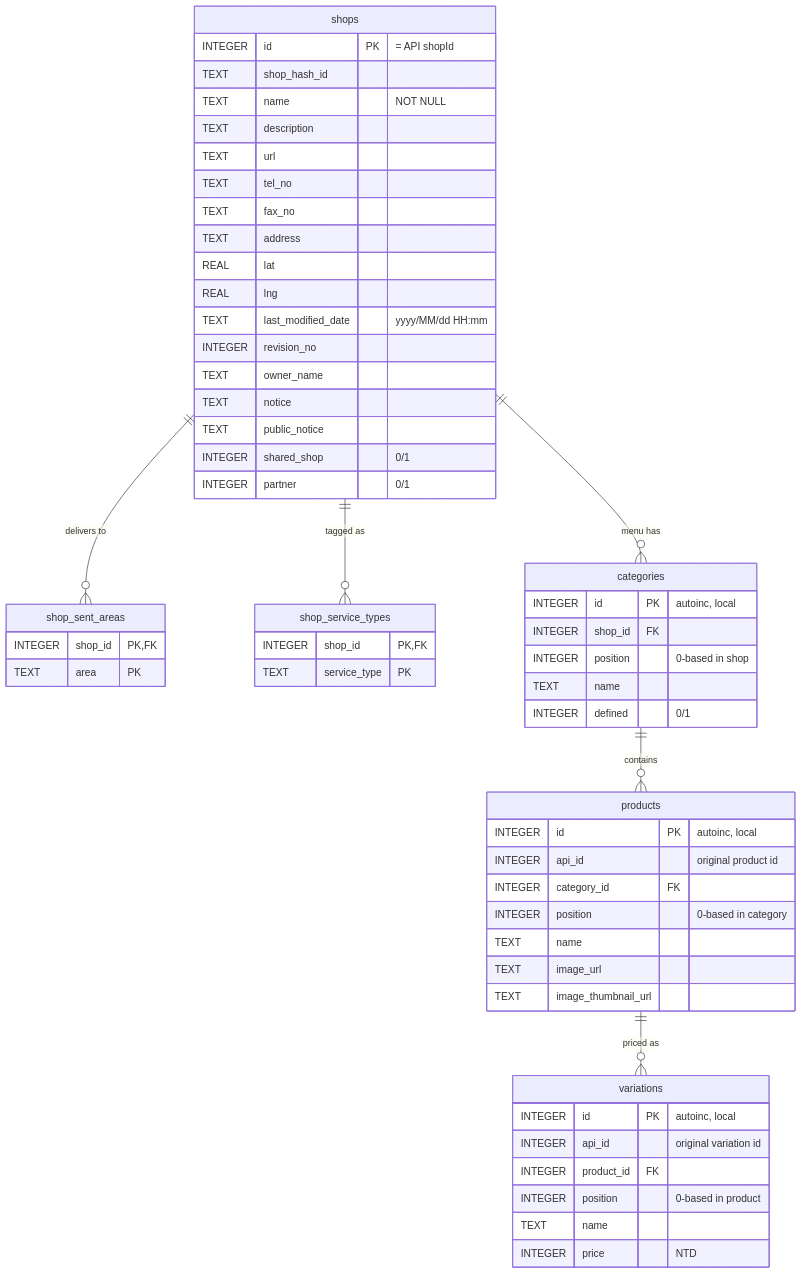
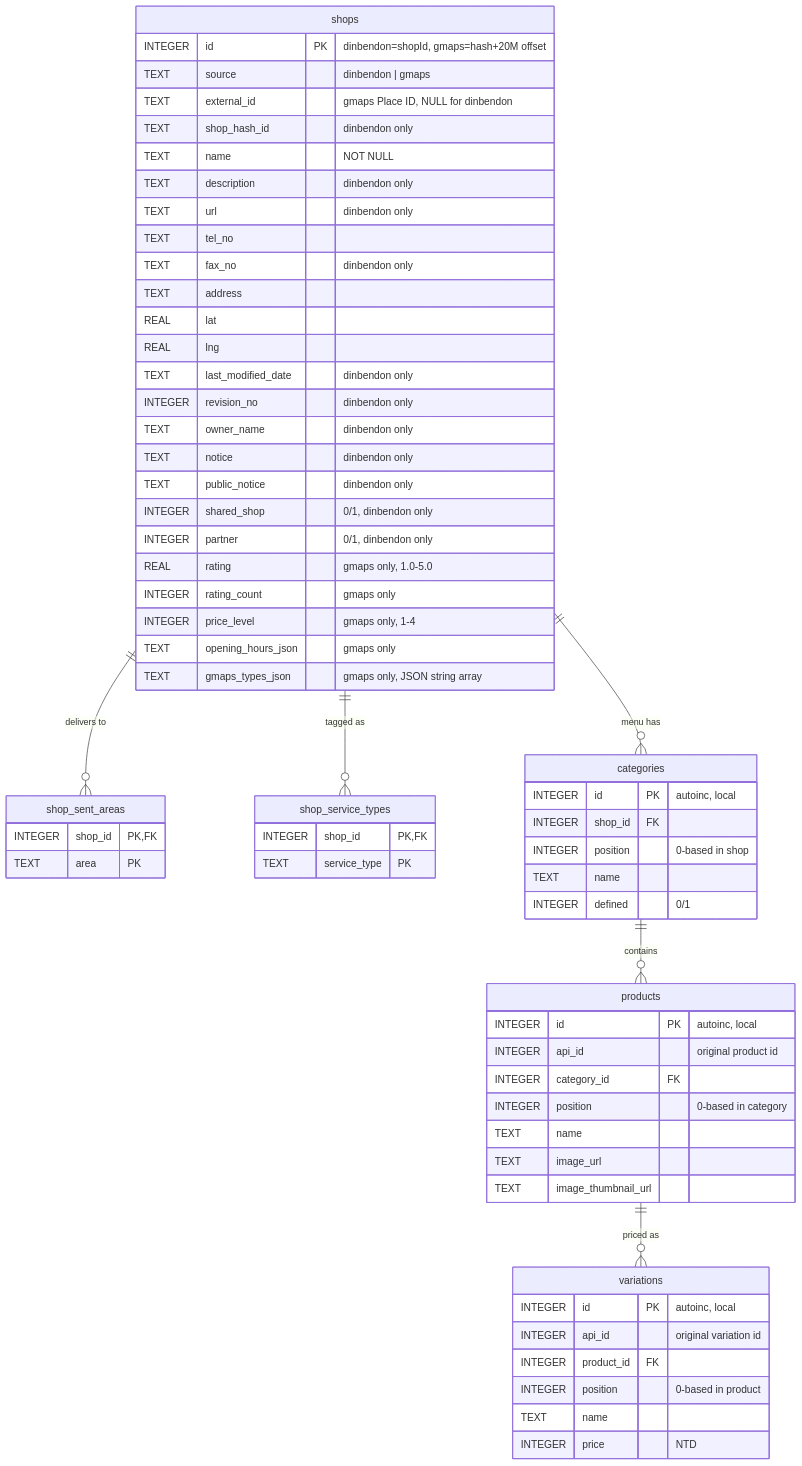
The diagram in schema.md (changtimwu/dinbendo-exp), drawn with Mermaid before and after one commit. The commit also changed other lines of this file and 1 other file, not shown here.

First line of the commit message:
Split stats.md / schema.md into dinbendon + gmaps sources

````diff
--- a/schema.md
+++ b/schema.md
@@ -14,60 +23,67 @@
 ```mermaid
 erDiagram
     shops ||--o{ shop_sent_areas : "delivers to"
     shops ||--o{ shop_service_types : "tagged as"
     shops ||--o{ categories : "menu has"
     categories ||--o{ products : "contains"
     products ||--o{ variations : "priced as"
 
     shops {
-        INTEGER id PK "= API shopId"
-        TEXT    shop_hash_id
+        INTEGER id PK "dinbendon=shopId, gmaps=hash+20M offset"
+        TEXT    source "dinbendon | gmaps"
+        TEXT    external_id "gmaps Place ID, NULL for dinbendon"
+        TEXT    shop_hash_id "dinbendon only"
         TEXT    name "NOT NULL"
-        TEXT    description
-        TEXT    url
+        TEXT    description "dinbendon only"
+        TEXT    url "dinbendon only"
         TEXT    tel_no
-        TEXT    fax_no
+        TEXT    fax_no "dinbendon only"
         TEXT    address
         REAL    lat
         REAL    lng
-        TEXT    last_modified_date "yyyy/MM/dd HH:mm"
-        INTEGER revision_no
-        TEXT    owner_name
-        TEXT    notice
-        TEXT    public_notice
-        INTEGER shared_shop "0/1"
-        INTEGER partner "0/1"
+        TEXT    last_modified_date "dinbendon only"
+        INTEGER revision_no "dinbendon only"
+        TEXT    owner_name "dinbendon only"
+        TEXT    notice "dinbendon only"
+        TEXT    public_notice "dinbendon only"
+        INTEGER shared_shop "0/1, dinbendon only"
+        INTEGER partner "0/1, dinbendon only"
+        REAL    rating "gmaps only, 1.0-5.0"
+        INTEGER rating_count "gmaps only"
+        INTEGER price_level "gmaps only, 1-4"
+        TEXT    opening_hours_json "gmaps only"
+        TEXT    gmaps_types_json "gmaps only, JSON string array"
     }
     shop_sent_areas {
         INTEGER shop_id PK,FK
         TEXT    area PK
     }
     shop_service_types {
         INTEGER shop_id PK,FK
         TEXT    service_type PK
     }
     categories {
         INTEGER id PK "autoinc, local"
         INTEGER shop_id FK
         INTEGER position "0-based in shop"
         TEXT    name
         INTEGER defined "0/1"
     }
     products {
         INTEGER id PK "autoinc, local"
         INTEGER api_id "original product id"
         INTEGER category_id FK
         INTEGER position "0-based in category"
         TEXT    name
         TEXT    image_url
         TEXT    image_thumbnail_url
     }
     variations {
         INTEGER id PK "autoinc, local"
         INTEGER api_id "original variation id"
         INTEGER product_id FK
         INTEGER position "0-based in product"
         TEXT    name
         INTEGER price "NTD"
     }
 ```
````
